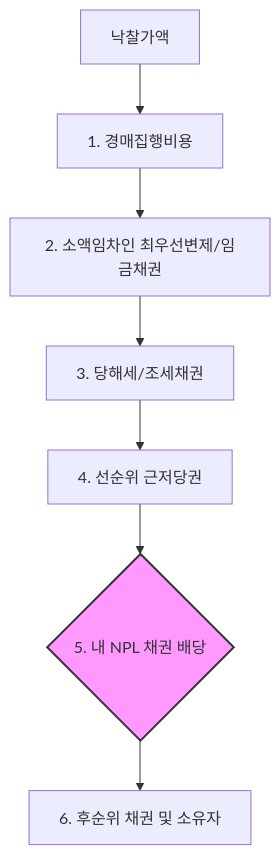
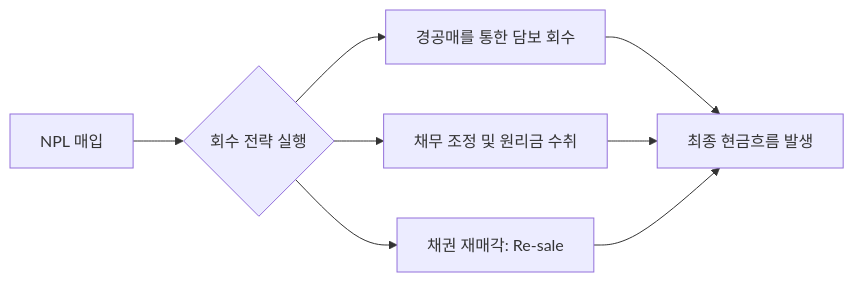
Before and after one commit to kbgkim/ib_wiki: the diagram in src/03_Assets_Verticals/NPL/Basics.md, drawn with Mermaid. The commit also changed other lines of this file and 7 other files, not shown here.

````diff
--- a/src/03_Assets_Verticals/NPL/Basics.md
+++ b/src/03_Assets_Verticals/NPL/Basics.md
@@ -24,11 +16,9 @@
 ```mermaid
-graph TD
-    A[낙찰가액] --> B[1. 경매집행비용]
-    B --> C[2. 소액임차인 최우선변제/임금채권]
-    C --> D[3. 당해세/조세채권]
-    D --> E[4. 선순위 근저당권]
-    E --> F{5. 내 NPL 채권 배당}
-    F --> G[6. 후순위 채권 및 소유자]
+graph LR
+    A[NPL 매입] --> B{회수 전략 실행}
+    B --> C[경공매를 통한 담보 회수]
+    B --> D[채무 조정 및 원리금 수취]
+    B --> E[채권 재매각: Re-sale]
     
-    style F fill:#f9f,stroke:#333,stroke-width:2px
+    C & D & E --> F[최종 현금흐름 발생]
 ```
````
